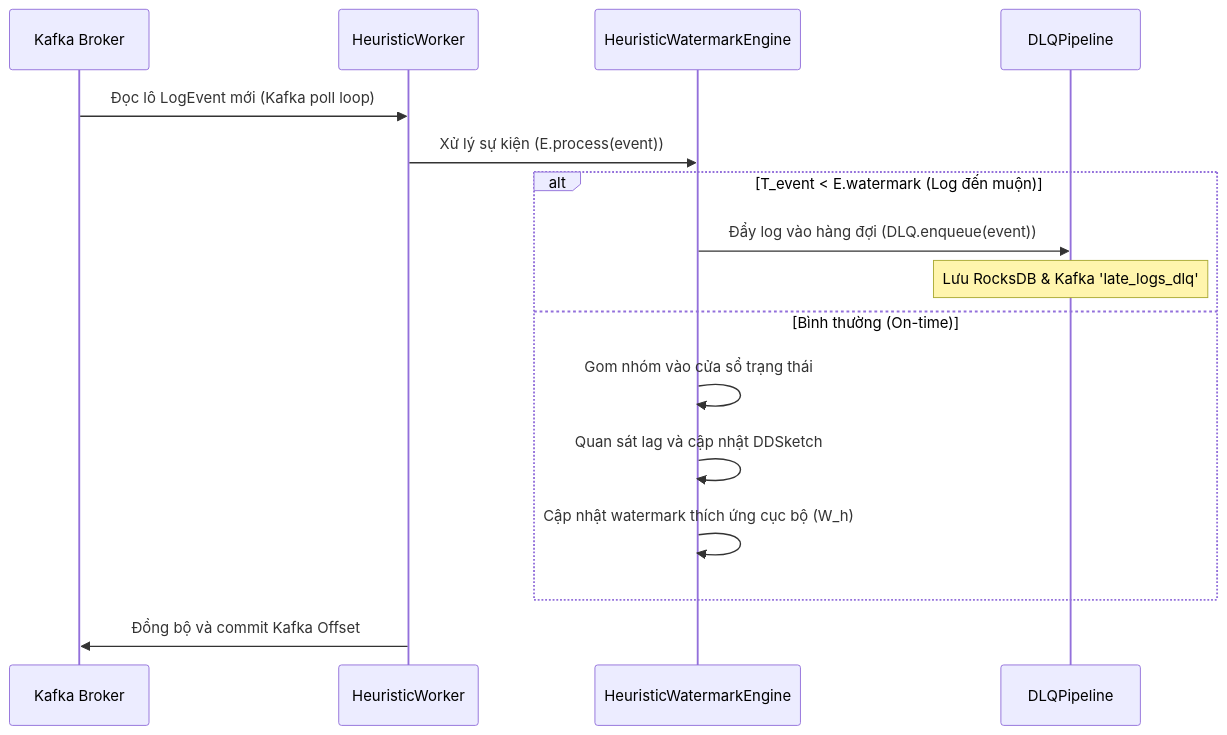
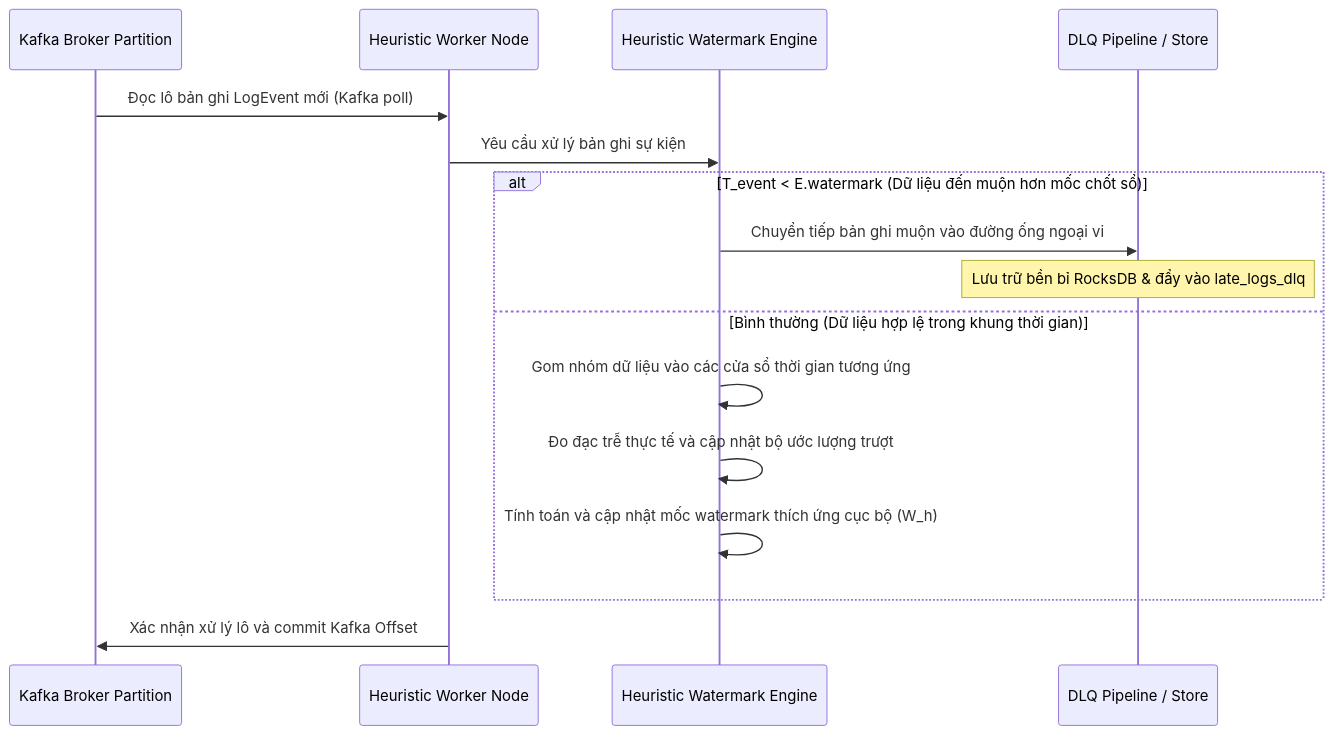
One commit to ldqanh1408/csdlpt changed the diagram in docs/Thiet_Ke_Heuristic_Watermark.md. Above: the diagram before and after it, drawn with Mermaid. The commit also changed other lines of this file and 106 other files, not shown here.

First line of the commit message:
Enhance Strict Watermark Engine and Coordinator Functionality

````diff
--- a/docs/Thiet_Ke_Heuristic_Watermark.md
+++ b/docs/Thiet_Ke_Heuristic_Watermark.md
@@ -974,19 +877,19 @@
 ```mermaid
 sequenceDiagram
-    participant K as Kafka Broker
-    participant W as HeuristicWorker
-    participant E as HeuristicWatermarkEngine
-    participant DLQ as DLQPipeline
+    participant K as Kafka Broker Partition
+    participant W as Heuristic Worker Node
+    participant E as Heuristic Watermark Engine
+    participant DLQ as DLQ Pipeline / Store
     
-    K->>W: Đọc lô LogEvent mới (Kafka poll loop)
-    W->>E: Xử lý sự kiện (E.process(event))
-    alt T_event < E.watermark (Log đến muộn)
-        E->>DLQ: Đẩy log vào hàng đợi (DLQ.enqueue(event))
-        Note over DLQ: Lưu RocksDB & Kafka 'late_logs_dlq'
-    else Bình thường (On-time)
-        E->>E: Gom nhóm vào cửa sổ trạng thái
-        E->>E: Quan sát lag và cập nhật DDSketch
-        E->>E: Cập nhật watermark thích ứng cục bộ (W_h)
+    K->>W: Đọc lô bản ghi LogEvent mới (Kafka poll)
+    W->>E: Yêu cầu xử lý bản ghi sự kiện
+    alt T_event < E.watermark (Dữ liệu đến muộn hơn mốc chốt sổ)
+        E->>DLQ: Chuyển tiếp bản ghi muộn vào đường ống ngoại vi
+        Note over DLQ: Lưu trữ bền bỉ RocksDB & đẩy vào late_logs_dlq
+    else Bình thường (Dữ liệu hợp lệ trong khung thời gian)
+        E->>E: Gom nhóm dữ liệu vào các cửa sổ thời gian tương ứng
+        E->>E: Đo đạc trễ thực tế và cập nhật bộ ước lượng trượt
+        E->>E: Tính toán và cập nhật mốc watermark thích ứng cục bộ (W_h)
     end
-    W->>K: Đồng bộ và commit Kafka Offset
+    W->>K: Xác nhận xử lý lô và commit Kafka Offset
 ```
````
